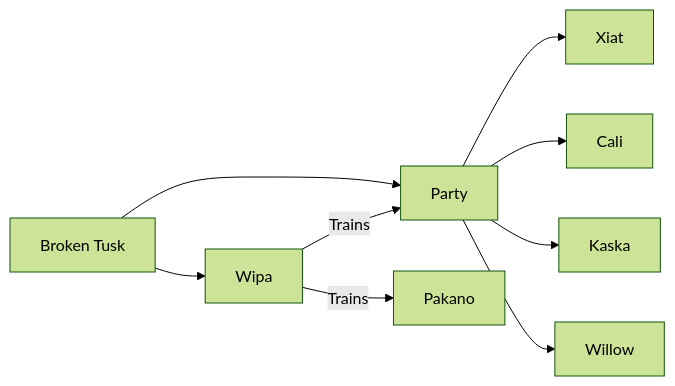
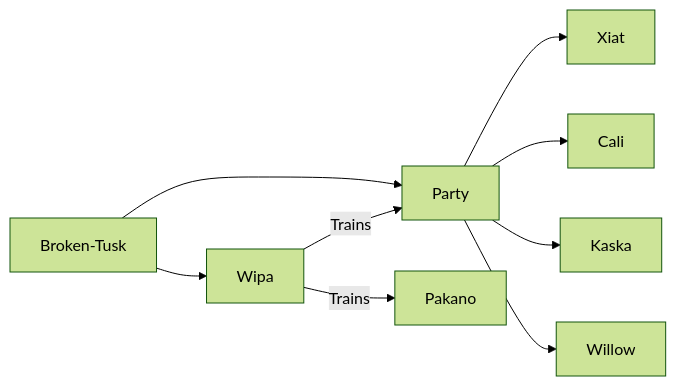
The diagram in docs/Session_Summary/Relations.md (Zwemvest/QuestForTheFrozenFlame), drawn with Mermaid (forest theme) before and after one commit. The commit also changed other lines of this file and 86 other files, not shown here.

````diff
--- a/docs/Session_Summary/Relations.md
+++ b/docs/Session_Summary/Relations.md
@@ -2,20 +2,20 @@
 ```mermaid
 graph LR
-  1[Broken Tusk];
+  1[Broken-Tusk];
   2[Party];
   31[Xiat];
   32[Cali];
   33[Kaska];
   34[Willow];
   41[Wipa];
   43[Pakano];
   1-->2;
   1-->41;
   2-->31;
   2-->32;
   2-->33;
   2-->34;
   41-->|Trains|2;
   41 -->|Trains|43;
   
 ```
````
